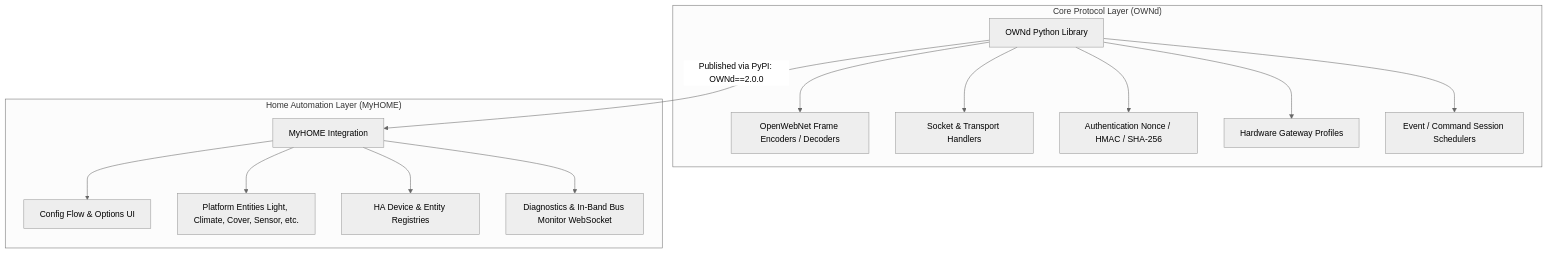
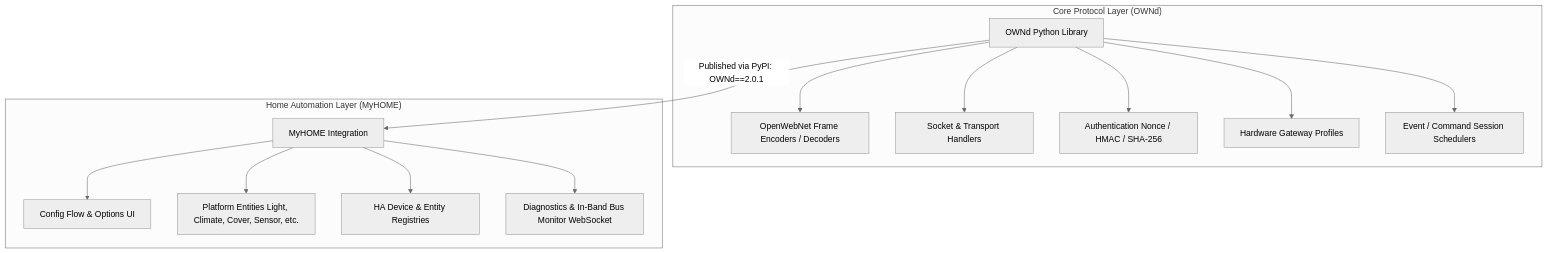
Before and after one commit to OpenWebNet-HA/MyHOME: the first of 2 diagrams in docs/architecture/anti-drift-safeguards.md, drawn with Mermaid (neutral theme). The commit also changed other lines of this file and 6 other files, not shown here.

````diff
--- a/docs/architecture/anti-drift-safeguards.md
+++ b/docs/architecture/anti-drift-safeguards.md
@@ -11,19 +11,19 @@
 ```mermaid
 graph TD
     subgraph "Core Protocol Layer (OWNd)"
         A[OWNd Python Library] --> A1[OpenWebNet Frame Encoders / Decoders]
         A --> A2[Socket & Transport Handlers]
         A --> A3[Authentication Nonce / HMAC / SHA-256]
         A --> A4[Hardware Gateway Profiles]
         A --> A5[Event / Command Session Schedulers]
     end
 
     subgraph "Home Automation Layer (MyHOME)"
         B[MyHOME Integration] --> B1[Config Flow & Options UI]
         B --> B2[Platform Entities Light, Climate, Cover, Sensor, etc.]
         B --> B3[HA Device & Entity Registries]
         B --> B4[Diagnostics & In-Band Bus Monitor WebSocket]
     end
 
-    A -->|Published via PyPI: OWNd==2.0.0| B
+    A -->|Published via PyPI: OWNd==2.0.1| B
 ```
````
